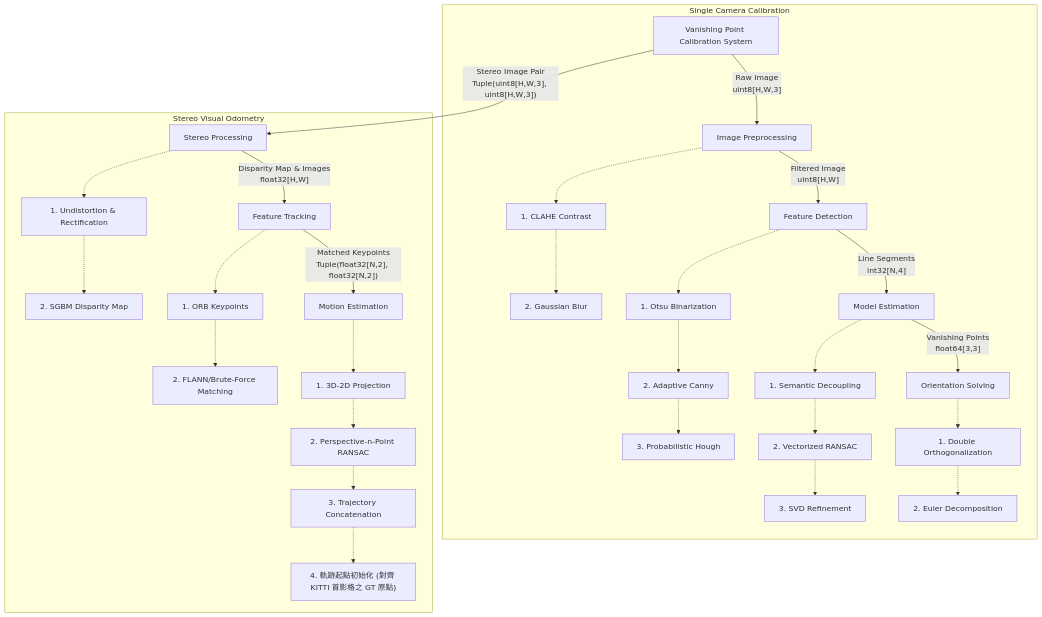
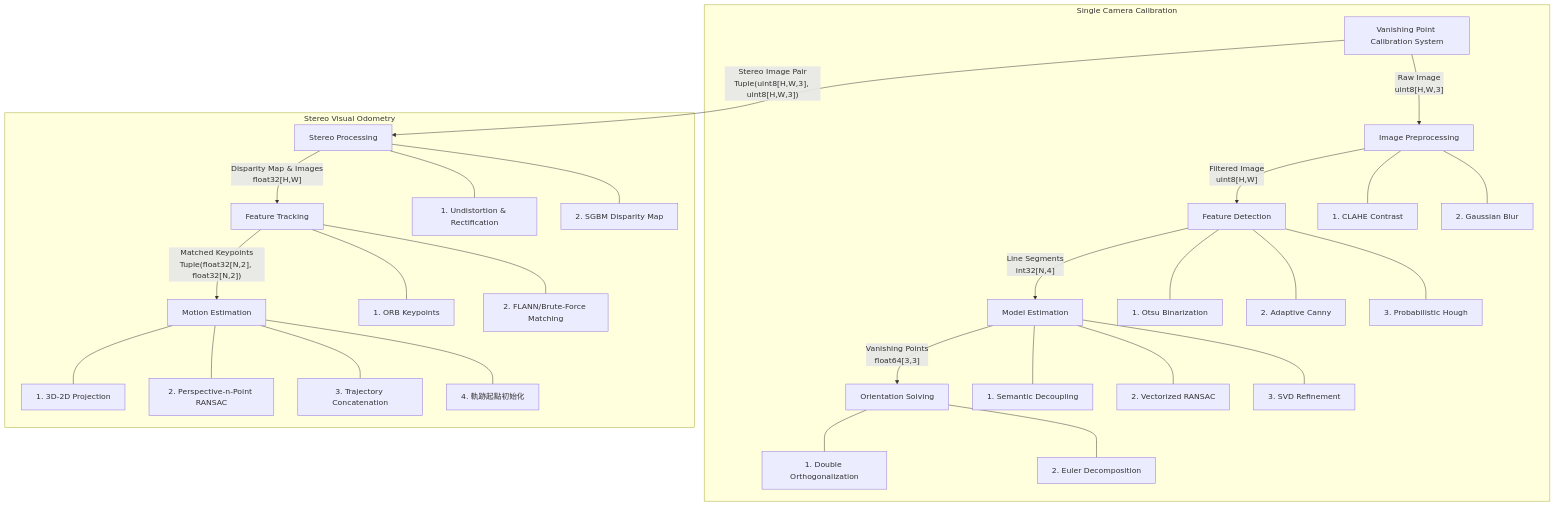
One commit to hank921109/114-2-Phone_Camera_Attitude changed the diagram in README.md. Above: the diagram before and after it, drawn with Mermaid.

Commit message:
docs: split breakdown mermaid diagram nodes into separate branches

````diff
--- a/README.md
+++ b/README.md
@@ -55,42 +55,42 @@
 ```mermaid
 graph TD
     System[Vanishing Point Calibration System]
     
     subgraph Single Camera Calibration
         System -- "Raw Image<br/>uint8[H,W,3]" --> PRE[Image Preprocessing]
         PRE -- "Filtered Image<br/>uint8[H,W]" --> DET[Feature Detection]
         DET -- "Line Segments<br/>int32[N,4]" --> RAN[Model Estimation]
         RAN -- "Vanishing Points<br/>float64[3,3]" --> POS[Orientation Solving]
 
-        PRE -.-> PRE_1["1. CLAHE Contrast"]
-        PRE_1 -.-> PRE_2["2. Gaussian Blur"]
-
-        DET -.-> DET_1["1. Otsu Binarization"]
-        DET_1 -.-> DET_2["2. Adaptive Canny"]
-        DET_2 -.-> DET_3["3. Probabilistic Hough"]
-
-        RAN -.-> RAN_1["1. Semantic Decoupling"]
-        RAN_1 -.-> RAN_2["2. Vectorized RANSAC"]
-        RAN_2 -.-> RAN_3["3. SVD Refinement"]
-
-        POS -.-> POS_1["1. Double Orthogonalization"]
-        POS_1 -.-> POS_2["2. Euler Decomposition"]
+        PRE --- PRE_Desc1["1. CLAHE Contrast"]
+        PRE --- PRE_Desc2["2. Gaussian Blur"]
+        
+        DET --- DET_Desc1["1. Otsu Binarization"]
+        DET --- DET_Desc2["2. Adaptive Canny"]
+        DET --- DET_Desc3["3. Probabilistic Hough"]
+        
+        RAN --- RAN_Desc1["1. Semantic Decoupling"]
+        RAN --- RAN_Desc2["2. Vectorized RANSAC"]
+        RAN --- RAN_Desc3["3. SVD Refinement"]
+        
+        POS --- POS_Desc1["1. Double Orthogonalization"]
+        POS --- POS_Desc2["2. Euler Decomposition"]
     end
 
     subgraph Stereo Visual Odometry
         System -- "Stereo Image Pair<br/>Tuple(uint8[H,W,3], uint8[H,W,3])" --> VO_PRE[Stereo Processing]
         VO_PRE -- "Disparity Map & Images<br/>float32[H,W]" --> VO_FEAT[Feature Tracking]
         VO_FEAT -- "Matched Keypoints<br/>Tuple(float32[N,2], float32[N,2])" --> VO_MOT[Motion Estimation]
         
-        VO_PRE -.-> VO_PRE_1["1. Undistortion & Rectification"]
-        VO_PRE_1 -.-> VO_PRE_2["2. SGBM Disparity Map"]
-
-        VO_FEAT -.-> VO_FEAT_1["1. ORB Keypoints"]
-        VO_FEAT_1 -.-> VO_FEAT_2["2. FLANN/Brute-Force Matching"]
-
-        VO_MOT -.-> VO_MOT_1["1. 3D-2D Projection"]
-        VO_MOT_1 -.-> VO_MOT_2["2. Perspective-n-Point RANSAC"]
-        VO_MOT_2 -.-> VO_MOT_3["3. Trajectory Concatenation"]
-        VO_MOT_3 -.-> VO_MOT_4["4. 軌跡起點初始化 (對齊 KITTI 首影格之 GT 原點)"]
+        VO_PRE --- VO_PRE_Desc1["1. Undistortion & Rectification"]
+        VO_PRE --- VO_PRE_Desc2["2. SGBM Disparity Map"]
+        
+        VO_FEAT --- VO_FEAT_Desc1["1. ORB Keypoints"]
+        VO_FEAT --- VO_FEAT_Desc2["2. FLANN/Brute-Force Matching"]
+        
+        VO_MOT --- VO_MOT_Desc1["1. 3D-2D Projection"]
+        VO_MOT --- VO_MOT_Desc2["2. Perspective-n-Point RANSAC"]
+        VO_MOT --- VO_MOT_Desc3["3. Trajectory Concatenation"]
+        VO_MOT --- VO_MOT_Desc4["4. 軌跡起點初始化"]
     end
 ```
````
